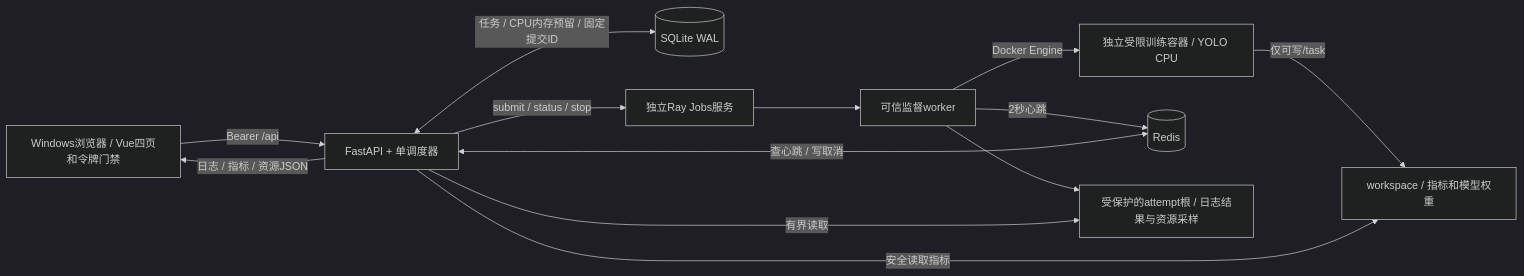
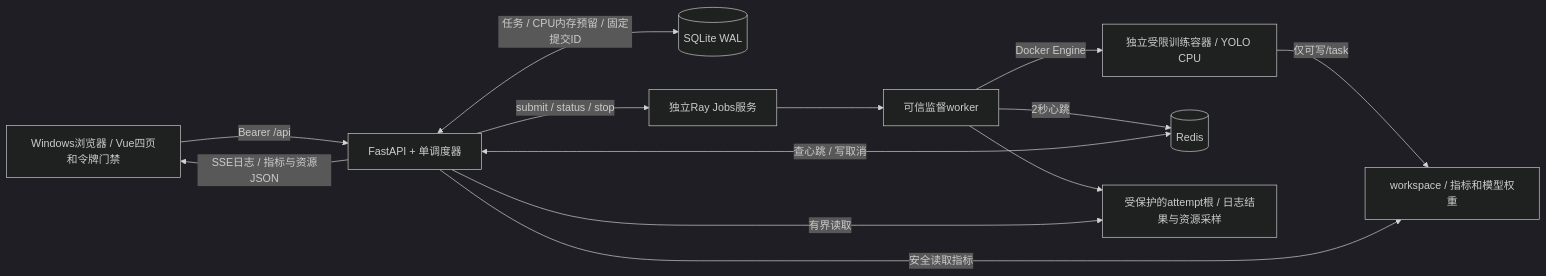
Before and after one commit to jackjiahao1491/trainplane-yolo-cpu: the first of 6 diagrams in docs/architecture-and-implementation.md, drawn with Mermaid (dark theme). The commit also changed other lines of this file and 10 other files, not shown here.

````diff
--- a/docs/architecture-and-implementation.md
+++ b/docs/architecture-and-implementation.md
@@ -47,16 +47,16 @@
 ```mermaid
 %% diagram: overall
 flowchart LR
   UI[Windows浏览器 / Vue四页和令牌门禁] -->|Bearer /api| API[FastAPI + 单调度器]
   API <-->|任务 / CPU内存预留 / 固定提交ID| DB[(SQLite WAL)]
   API -->|submit / status / stop| RAY[独立Ray Jobs服务]
   RAY --> WORKER[可信监督worker]
   WORKER -->|Docker Engine| TASK[独立受限训练容器 / YOLO CPU]
   WORKER -->|2秒心跳| REDIS[(Redis)]
   API <-->|查心跳 / 写取消| REDIS
   WORKER --> CONTROL[受保护的attempt根 / 日志结果与资源采样]
   TASK -->|仅可写/task| SPACE[workspace / 指标和模型权重]
   API -->|有界读取| CONTROL
   API -->|安全读取指标| SPACE
-  API -->|日志 / 指标 / 资源JSON| UI
+  API -->|SSE日志 / 指标与资源JSON| UI
 ```
````
